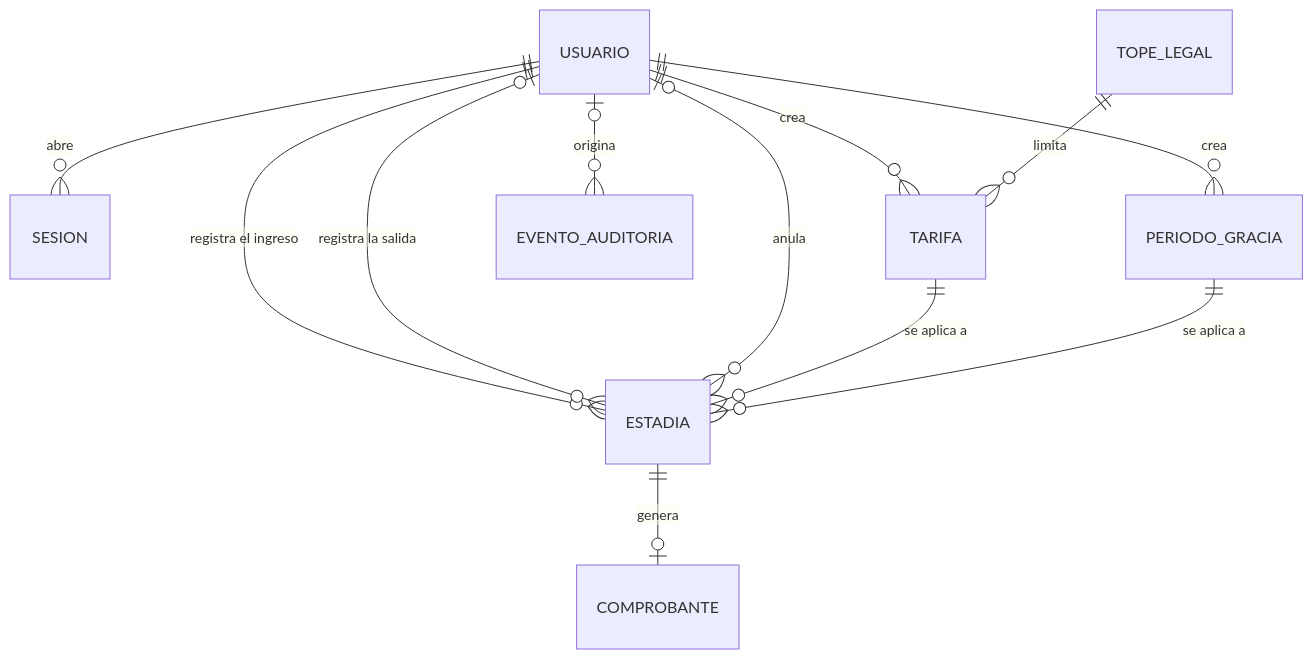
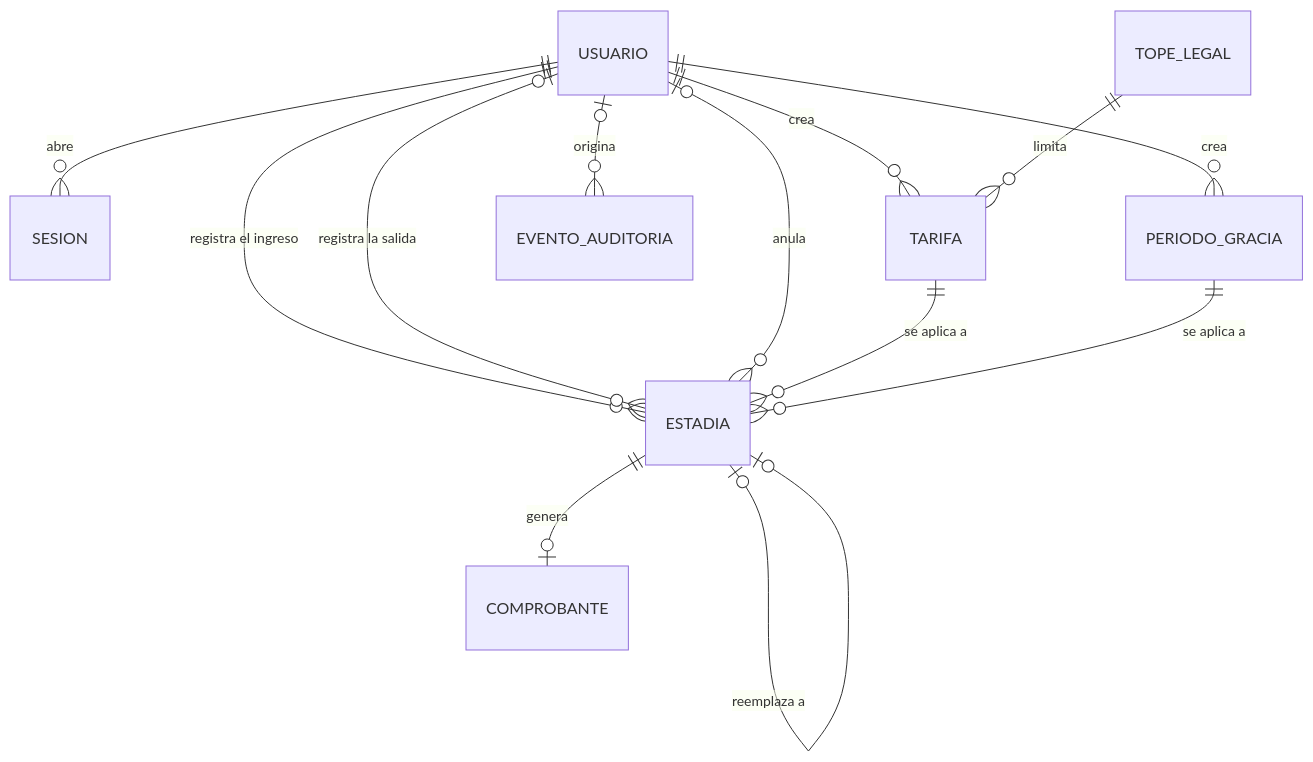
The first of 2 diagrams in docs/modelo-datos.md (wrafael91/parkapp), drawn with Mermaid before and after one commit. The commit also changed other lines of this file and 5 other files, not shown here.

````diff
--- a/docs/modelo-datos.md
+++ b/docs/modelo-datos.md
@@ -34,14 +34,15 @@
 ```mermaid
 erDiagram
     USUARIO ||--o{ SESION : "abre"
     USUARIO ||--o{ ESTADIA : "registra el ingreso"
     USUARIO |o--o{ ESTADIA : "registra la salida"
     USUARIO |o--o{ ESTADIA : "anula"
     USUARIO ||--o{ TARIFA : "crea"
     USUARIO ||--o{ PERIODO_GRACIA : "crea"
     USUARIO |o--o{ EVENTO_AUDITORIA : "origina"
     TOPE_LEGAL ||--o{ TARIFA : "limita"
     TARIFA ||--o{ ESTADIA : "se aplica a"
     PERIODO_GRACIA ||--o{ ESTADIA : "se aplica a"
     ESTADIA ||--o| COMPROBANTE : "genera"
+    ESTADIA |o--o| ESTADIA : "reemplaza a"
 ```
````
